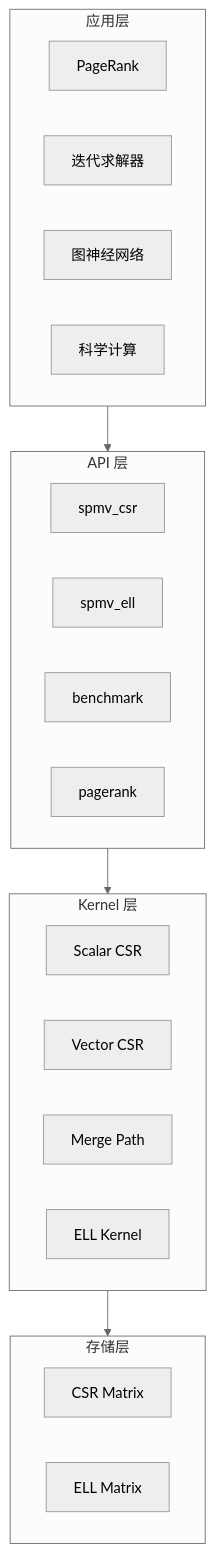
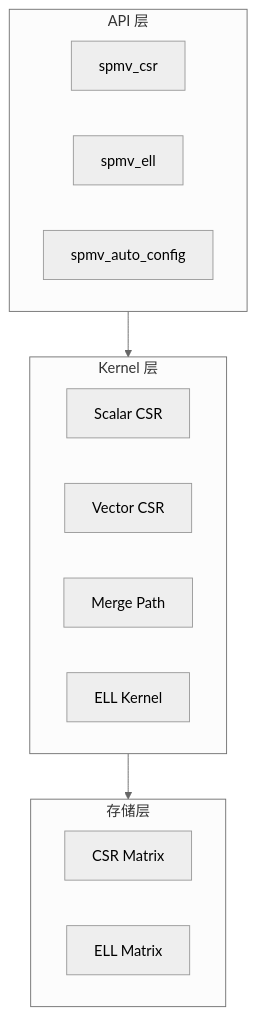
One commit to build-workbench/gpu-spmv changed the diagram in docs/zh/architecture/overview.md. Above: the diagram before and after it, drawn with Mermaid (neutral theme). The commit also changed other lines of this file and 86 other files, not shown here.

````diff
--- a/docs/zh/architecture/overview.md
+++ b/docs/zh/architecture/overview.md
@@ -7,32 +7,23 @@
 ```mermaid
 graph TB
-    subgraph Application["应用层"]
-        PR[PageRank]
-        IS[迭代求解器]
-        GNN[图神经网络]
-        SC[科学计算]
-    end
-
     subgraph API["API 层"]
         spmv_csr[spmv_csr]
         spmv_ell[spmv_ell]
-        benchmark[benchmark]
-        pagerank[pagerank]
+        auto_cfg[spmv_auto_config]
     end
 
     subgraph Kernel["Kernel 层"]
         Scalar["Scalar CSR"]
         Vector["Vector CSR"]
         Merge["Merge Path"]
         ELL["ELL Kernel"]
     end
 
     subgraph Storage["存储层"]
         CSR_M["CSR Matrix"]
         ELL_M["ELL Matrix"]
     end
 
-    Application --> API
     API --> Kernel
     Kernel --> Storage
 ```
````
